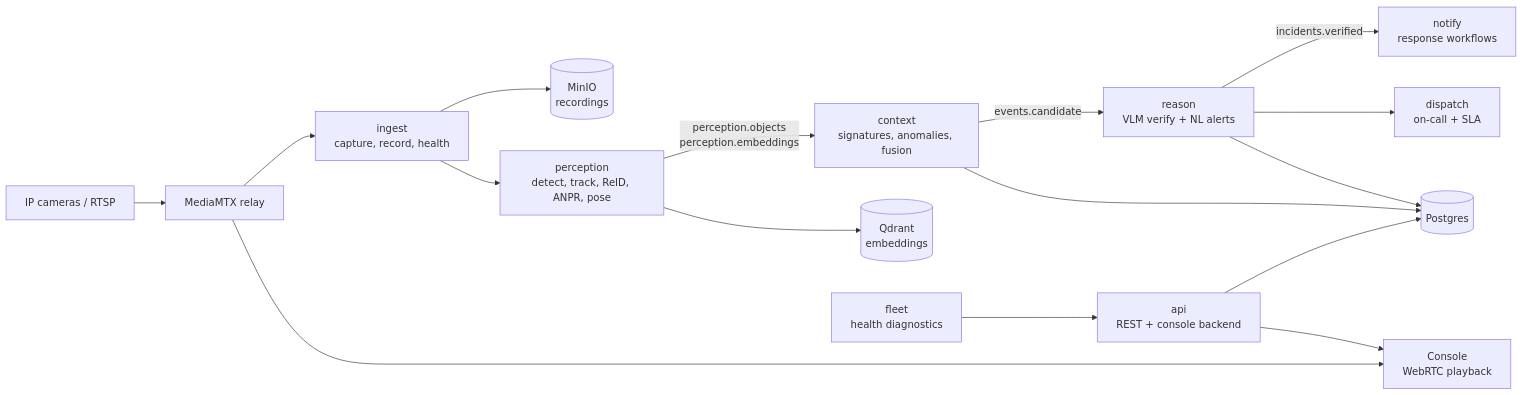
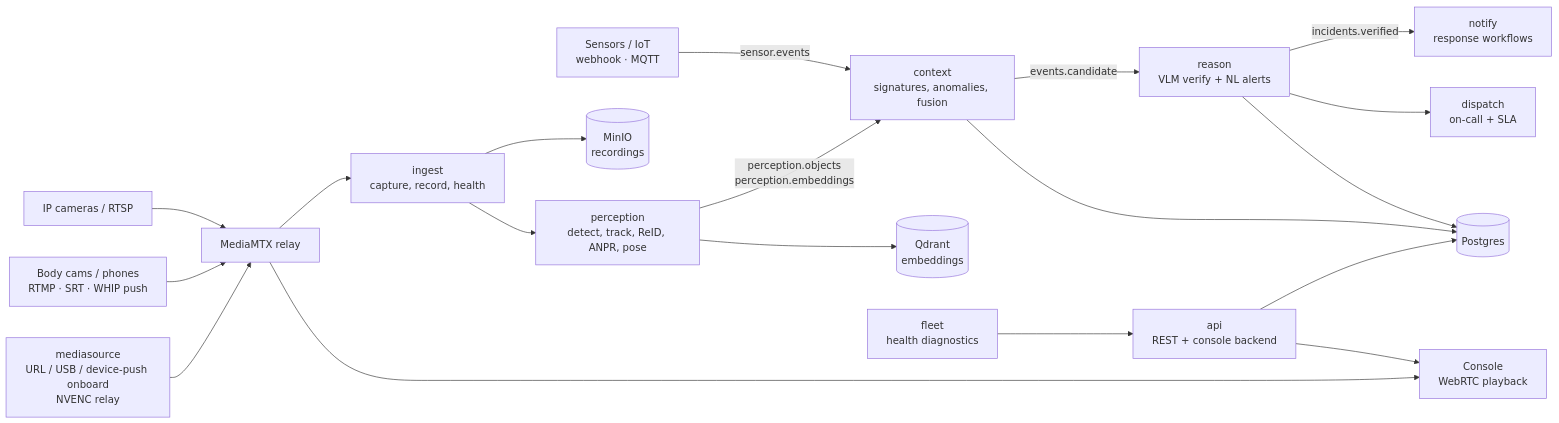
The diagram in README.md (Sherin-SEF-AI/SentigonEdge), drawn with Mermaid before and after one commit. The commit also changed other lines of this file, not shown here.

First line of the commit message:
docs: README — generic camera/sensor onboarding, device push, NVENC, Groq tier

````diff
--- a/README.md
+++ b/README.md
@@ -67,18 +75,21 @@
 ```mermaid
 flowchart LR
     CAM[IP cameras / RTSP] --> MTX[MediaMTX relay]
+    PUSH[Body cams / phones<br/>RTMP · SRT · WHIP push] --> MTX
+    SRC[mediasource<br/>URL / USB / device-push onboard<br/>NVENC relay] --> MTX
+    SENS[Sensors / IoT<br/>webhook · MQTT] -->|sensor.events| CTX
     MTX --> ING[ingest<br/>capture, record, health]
     MTX --> WEB[Console<br/>WebRTC playback]
     ING --> MINIO[(MinIO<br/>recordings)]
     ING --> PER[perception<br/>detect, track, ReID, ANPR, pose]
     PER -->|perception.objects<br/>perception.embeddings| CTX[context<br/>signatures, anomalies, fusion]
     PER --> QDR[(Qdrant<br/>embeddings)]
     CTX -->|events.candidate| RSN[reason<br/>VLM verify + NL alerts]
     RSN -->|incidents.verified| NOT[notify<br/>response workflows]
     RSN --> DIS[dispatch<br/>on-call + SLA]
     CTX --> PG[(Postgres)]
     RSN --> PG
     API[api<br/>REST + console backend] --> PG
     API --> WEB
     FLT[fleet<br/>health diagnostics] --> API
 ```
````
